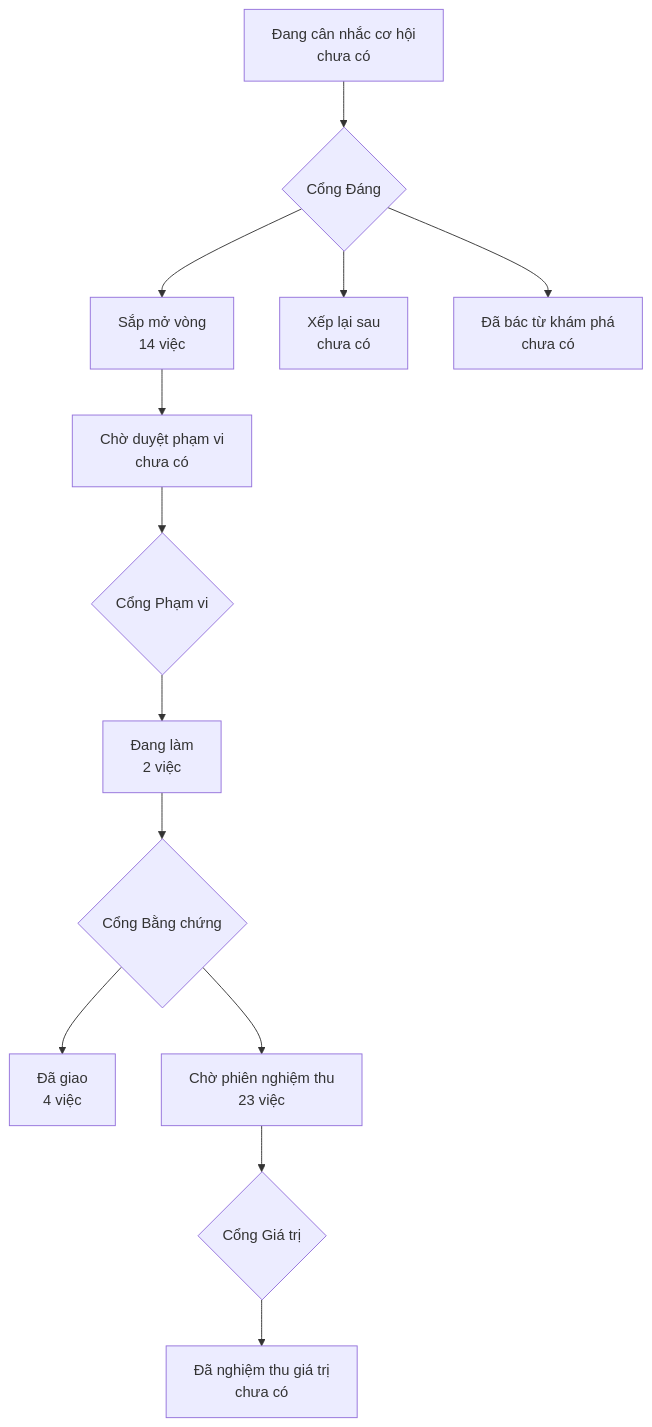
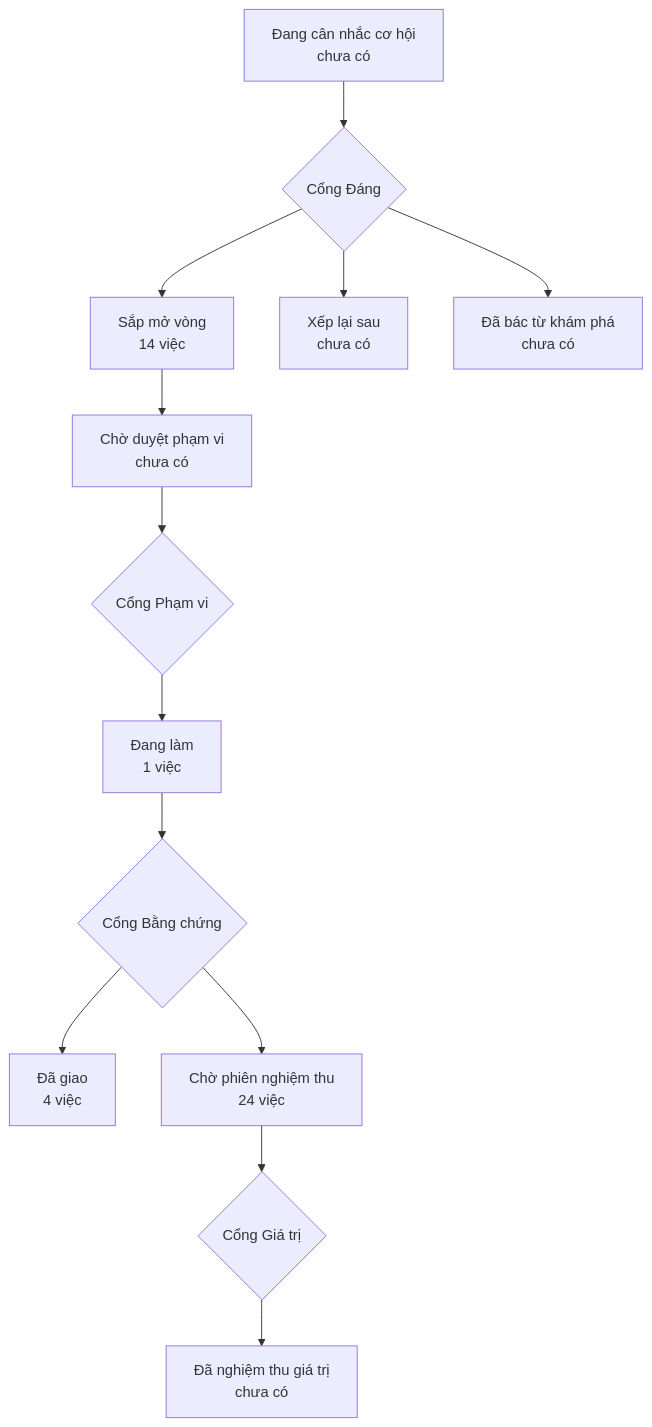
Before and after one commit to phanlemanh/onehub-quy-hang: the diagram in PRODUCT-MAP.md, drawn with Mermaid. The commit also changed 1 other file, not shown here.

Commit message:
chore(chia-lead-va-han): vẽ lại bản đồ sau gộp main

````diff
--- a/PRODUCT-MAP.md
+++ b/PRODUCT-MAP.md
@@ -7,12 +7,12 @@
 ```mermaid
 flowchart TD
   A["Đang cân nhắc cơ hội<br/>chưa có"] --> GD{"Cổng Đáng"}
   GD --> B["Sắp mở vòng<br/>14 việc"]
   GD --> XL["Xếp lại sau<br/>chưa có"]
   GD --> DB["Đã bác từ khám phá<br/>chưa có"]
   B --> CD["Chờ duyệt phạm vi<br/>chưa có"] --> GP{"Cổng Phạm vi"}
-  GP --> DL["Đang làm<br/>2 việc"] --> GB{"Cổng Bằng chứng"}
+  GP --> DL["Đang làm<br/>1 việc"] --> GB{"Cổng Bằng chứng"}
   GB --> DG["Đã giao<br/>4 việc"]
-  GB --> CN["Chờ phiên nghiệm thu<br/>23 việc"] --> GG{"Cổng Giá trị"}
+  GB --> CN["Chờ phiên nghiệm thu<br/>24 việc"] --> GG{"Cổng Giá trị"}
   GG --> NT["Đã nghiệm thu giá trị<br/>chưa có"]
 ```
````
